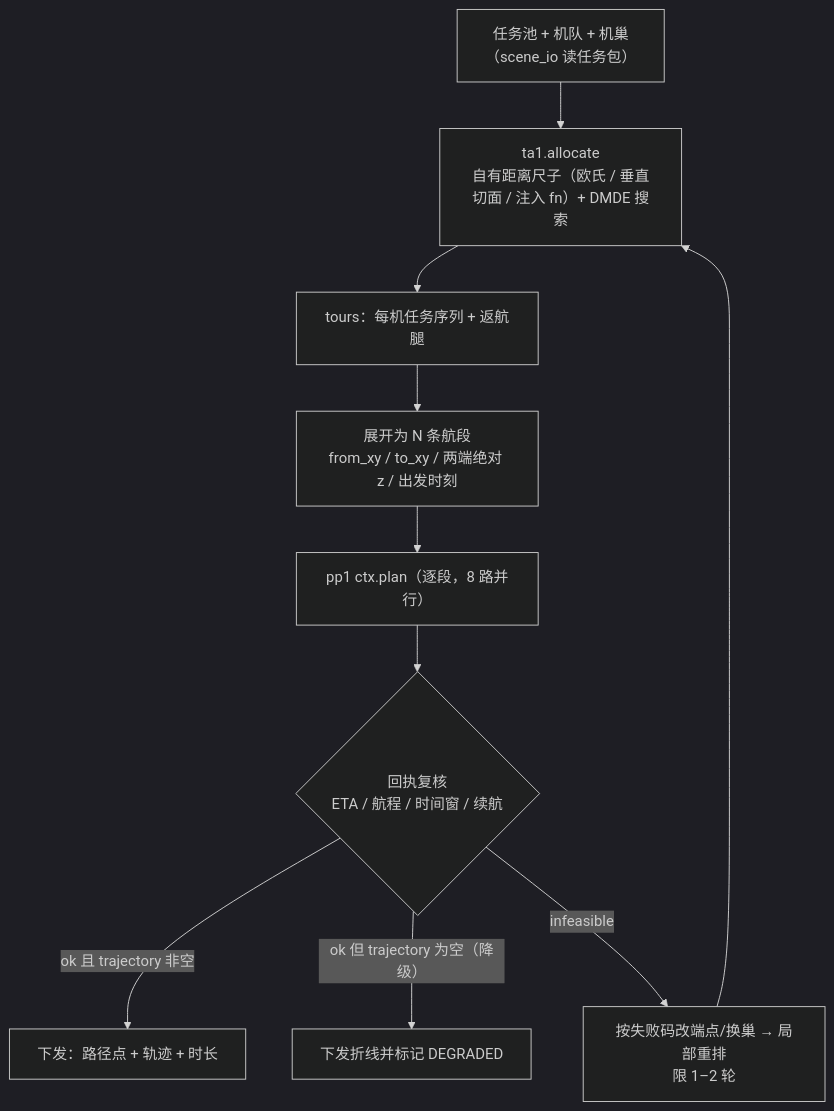
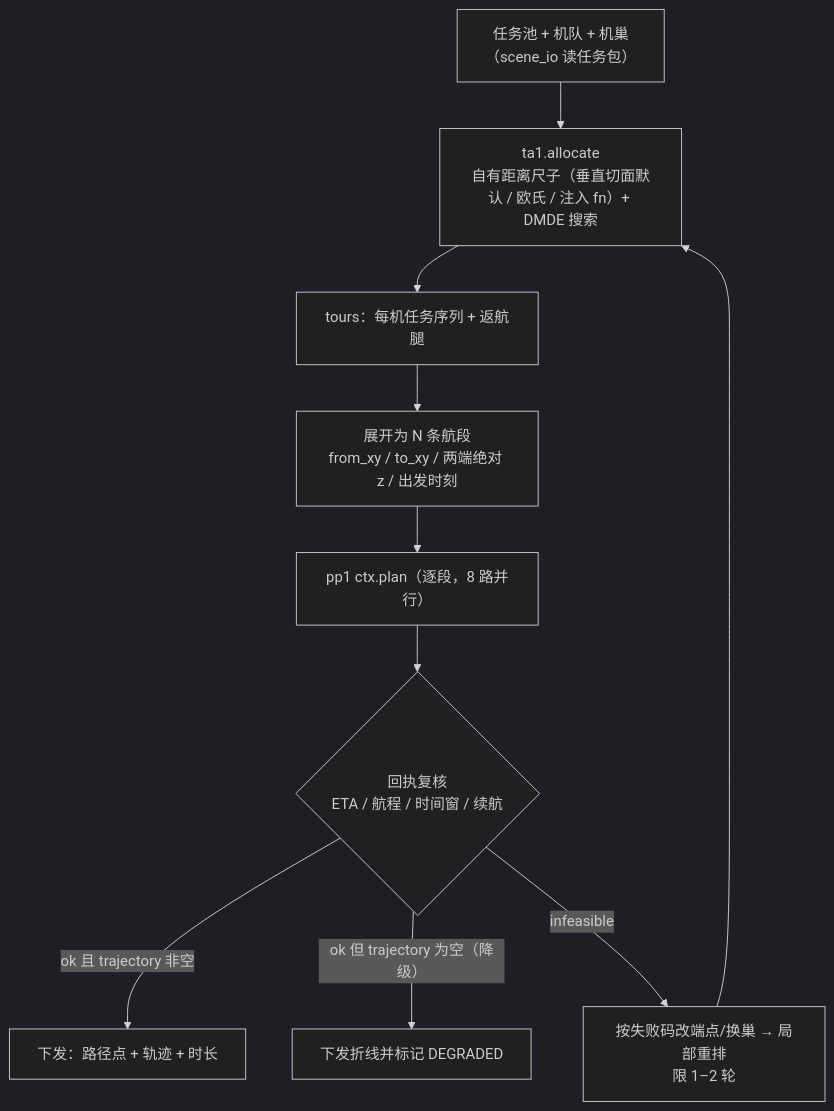
Before and after one commit to 909347194/06project-for-uav: the diagram in docs/3任务分配-路径规划对接.md, drawn with Mermaid (dark theme). The commit also changed other lines of this file and 33 other files, not shown here.

````diff
--- a/docs/3任务分配-路径规划对接.md
+++ b/docs/3任务分配-路径规划对接.md
@@ -27,12 +27,12 @@
 ```mermaid
 flowchart TD
-    A["任务池 + 机队 + 机巢<br/>（scene_io 读任务包）"] --> B["ta1.allocate<br/>自有距离尺子（欧氏 / 垂直切面 / 注入 fn）+ DMDE 搜索"]
+    A["任务池 + 机队 + 机巢<br/>（scene_io 读任务包）"] --> B["ta1.allocate<br/>自有距离尺子（垂直切面默认 / 欧氏 / 注入 fn）+ DMDE 搜索"]
     B --> C["tours：每机任务序列 + 返航腿"]
     C --> D["展开为 N 条航段<br/>from_xy / to_xy / 两端绝对 z / 出发时刻"]
     D --> E["pp1 ctx.plan（逐段，8 路并行）"]
     E --> F{"回执复核<br/>ETA / 航程 / 时间窗 / 续航"}
     F -->|"ok 且 trajectory 非空"| G["下发：路径点 + 轨迹 + 时长"]
     F -->|"ok 但 trajectory 为空（降级）"| G2["下发折线并标记 DEGRADED"]
     F -->|"infeasible"| H["按失败码改端点/换巢 → 局部重排<br/>限 1–2 轮"]
     H --> B
 ```
````
